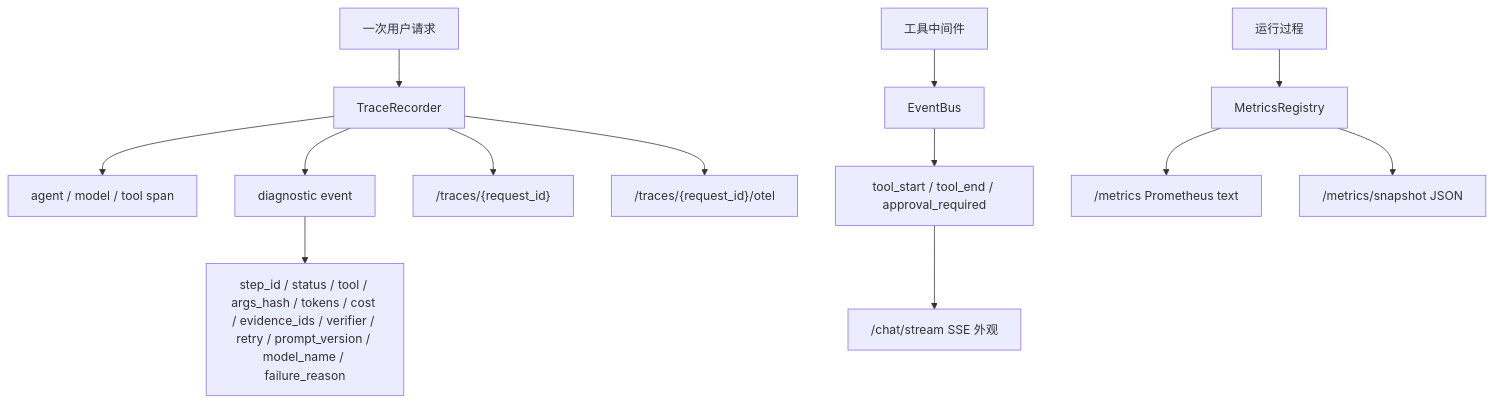
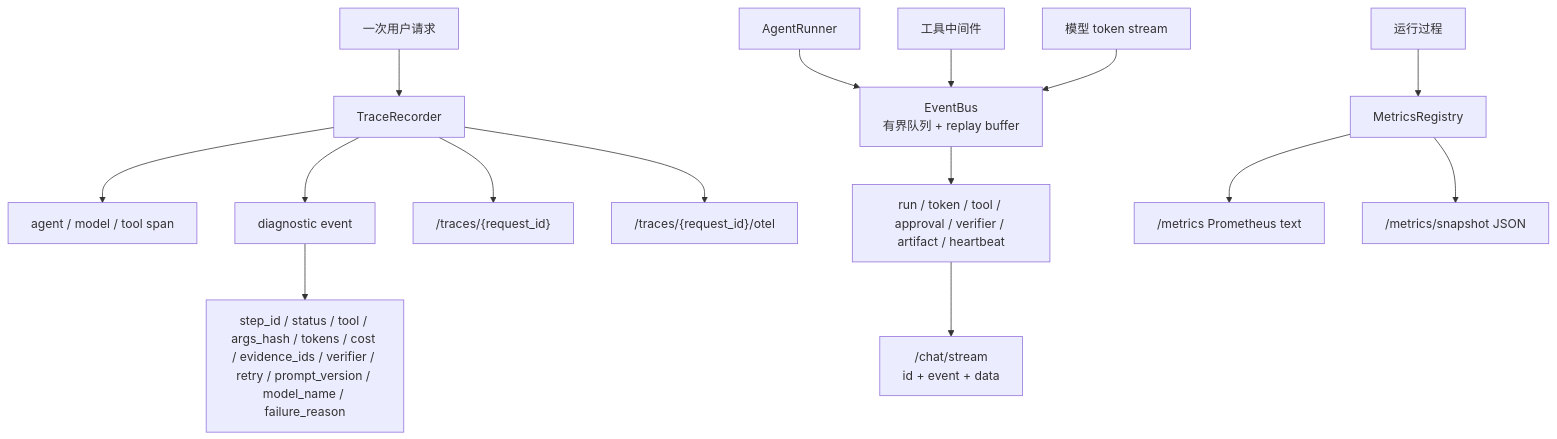
Diagram 14 of 20 in README.md (sleeping-Zack/agentproject), drawn with Mermaid before and after one commit. The commit also changed other lines of this file and 8 other files, not shown here.

````diff
--- a/README.md
+++ b/README.md
@@ -622,19 +626,21 @@
 ```mermaid
 flowchart TB
     Request["一次用户请求"] --> Trace["TraceRecorder"]
 
     Trace --> SpanAgent["agent / model / tool span"]
     Trace --> Diag["diagnostic event"]
     Diag --> Fields["step_id / status / tool / args_hash / tokens / cost / evidence_ids / verifier / retry / prompt_version / model_name / failure_reason"]
 
     Trace --> Export1["/traces/{request_id}"]
     Trace --> Export2["/traces/{request_id}/otel"]
 
-    ToolMiddleware["工具中间件"] --> EventBus["EventBus"]
-    EventBus --> Events["tool_start / tool_end / approval_required"]
-    Events --> SSE["/chat/stream SSE 外观"]
+    Runner["AgentRunner"] --> EventBus["EventBus\n有界队列 + replay buffer"]
+    ToolMiddleware["工具中间件"] --> EventBus
+    ReactStream["模型 token stream"] --> EventBus
+    EventBus --> Events["run / token / tool / approval / verifier / artifact / heartbeat"]
+    Events --> SSE["/chat/stream\nid + event + data"]
 
     Runtime["运行过程"] --> Metrics["MetricsRegistry"]
     Metrics --> Prom["/metrics Prometheus text"]
     Metrics --> Snap["/metrics/snapshot JSON"]
 ```
````
